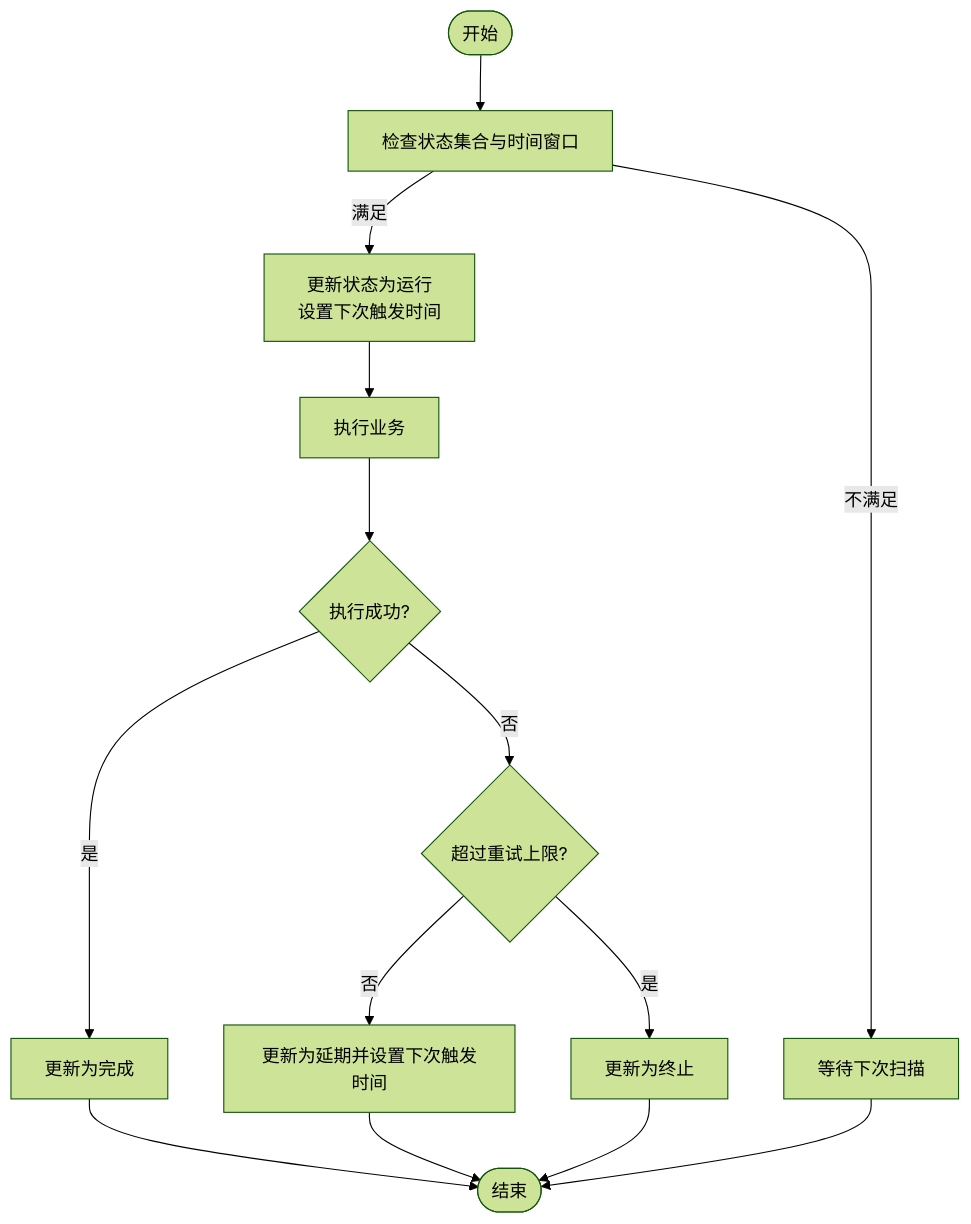
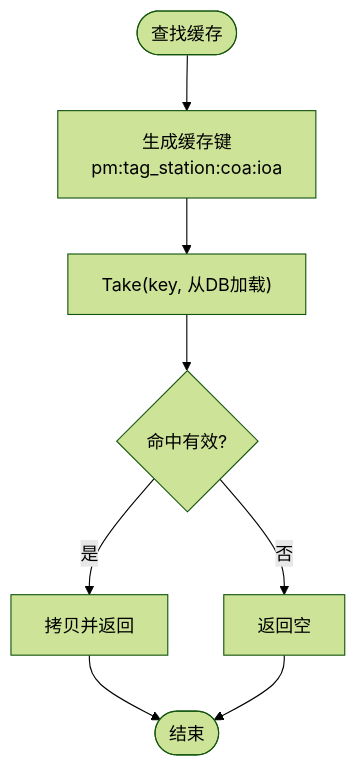
Before and after one commit to maomao94/zero-service: the fourth of 7 diagrams in .qoder/repowiki/zh/content/数据模型设计/数据模型设计.md, drawn with Mermaid (forest theme). The commit also changed other lines of this file and 362 other files, not shown here.

````diff
--- a/.qoder/repowiki/zh/content/数据模型设计/数据模型设计.md
+++ b/.qoder/repowiki/zh/content/数据模型设计/数据模型设计.md
@@ -291,16 +217,10 @@
 ```mermaid
 flowchart TD
-Start(["开始"]) --> Check["检查状态集合与时间窗口"]
-Check --> |满足| Lock["更新状态为运行<br/>设置下次触发时间"]
-Check --> |不满足| Wait["等待下次扫描"]
-Lock --> Run["执行业务"]
-Run --> Ok{"执行成功?"}
-Ok --> |是| Complete["更新为完成"]
-Ok --> |否| Retry{"超过重试上限?"}
-Retry --> |是| Terminate["更新为终止"]
-Retry --> |否| Delayed["更新为延期并设置下次触发时间"]
-Complete --> End(["结束"])
-Delayed --> End
-Terminate --> End
-Wait --> End
+Start(["查找缓存"]) --> GenKey["生成缓存键<br/>pm:tag_station:coa:ioa"]
+GenKey --> Take["Take(key, 从DB加载)"]
+Take --> Found{"命中有效?"}
+Found --> |是| Copy["拷贝并返回"]
+Found --> |否| ReturnNil["返回空"]
+Copy --> End(["结束"])
+ReturnNil --> End
 ```
````
